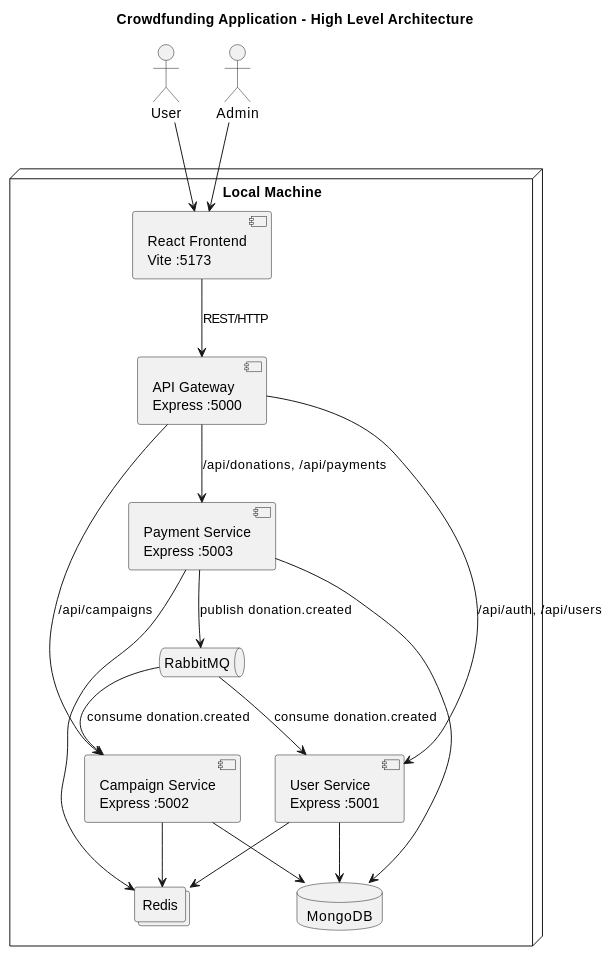
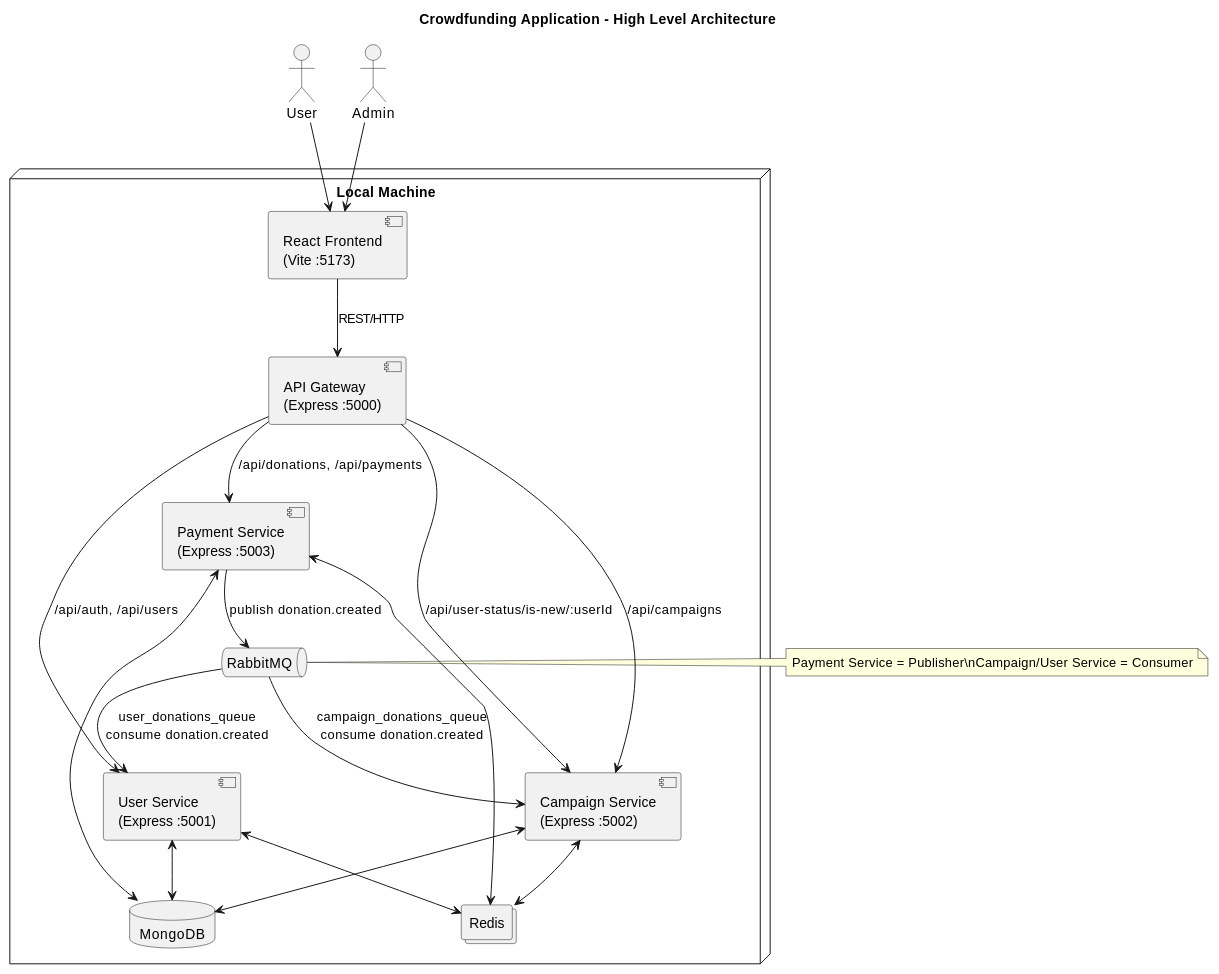
One commit to bhattacharyaArnab03/CROWD-FUNDING-APPLICATION changed the first of 6 diagrams in README.md. Above: the diagram before and after it, drawn with PlantUML. The commit also changed other lines of this file and 11 other files, not shown here.

````diff
--- a/README.md
+++ b/README.md
@@ -153,40 +162,43 @@
 ```plantuml
 @startuml
 title Crowdfunding Application - High Level Architecture
 
 actor User
 actor Admin
 
 node "Local Machine" {
-  component "React Frontend\nVite :5173" as Frontend
-  component "API Gateway\nExpress :5000" as Gateway
-  component "User Service\nExpress :5001" as UserService
-  component "Campaign Service\nExpress :5002" as CampaignService
-  component "Payment Service\nExpress :5003" as PaymentService
-  database "MongoDB" as Mongo
+  component "React Frontend\n(Vite :5173)" as FE
+  component "API Gateway\n(Express :5000)" as GW
+  component "User Service\n(Express :5001)" as US
+  component "Campaign Service\n(Express :5002)" as CS
+  component "Payment Service\n(Express :5003)" as PS
+  database "MongoDB" as MDB
+  collections "Redis" as RD
   queue "RabbitMQ" as MQ
-  collections "Redis" as Redis
 }
 
-User --> Frontend
-Admin --> Frontend
+User --> FE
+Admin --> FE
+FE --> GW : REST/HTTP
+GW --> US : /api/auth, /api/users
+GW --> CS : /api/campaigns
+GW --> PS : /api/donations, /api/payments
+GW --> CS : /api/user-status/is-new/:userId
 
-Frontend --> Gateway : REST/HTTP
-Gateway --> UserService : /api/auth, /api/users
-Gateway --> CampaignService : /api/campaigns
-Gateway --> PaymentService : /api/donations, /api/payments
+US <--> MDB
+CS <--> MDB
+PS <--> MDB
+US <--> RD
+CS <--> RD
+PS <--> RD
 
-UserService --> Mongo
-CampaignService --> Mongo
-PaymentService --> Mongo
+PS --> MQ : publish donation.created
+MQ --> CS : campaign_donations_queue\nconsume donation.created
+MQ --> US : user_donations_queue\nconsume donation.created
 
-UserService --> Redis
-CampaignService --> Redis
-PaymentService --> Redis
-
-PaymentService --> MQ : publish donation.created
-MQ --> CampaignService : consume donation.created
-MQ --> UserService : consume donation.created
+note right of MQ
+Payment Service = Publisher\nCampaign/User Service = Consumer
+end note
 
 @enduml
 ```
````
